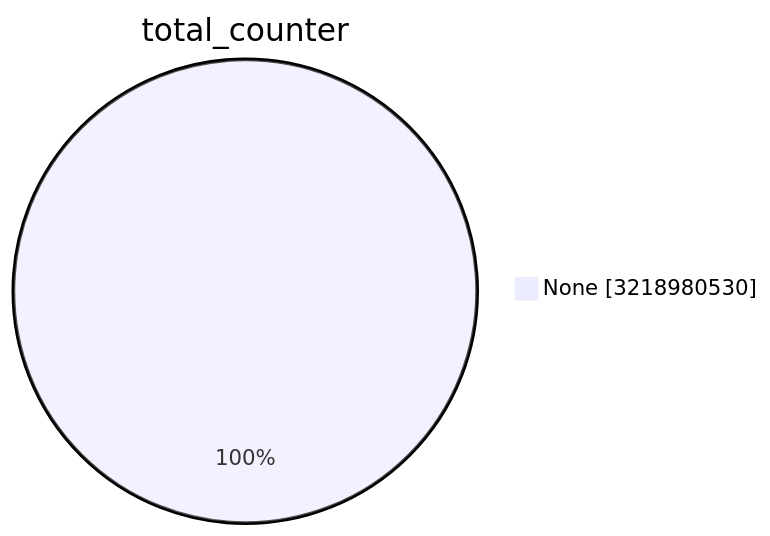
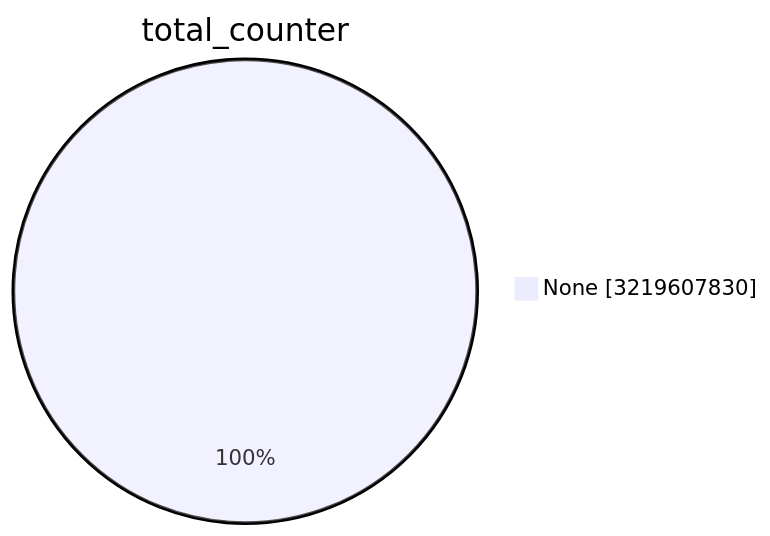
Before and after one commit to christiankrug/ctmonitor_visualization: the first of 15 diagrams in TOTAL/README.md, drawn with Mermaid. The commit also changed other lines of this file, not shown here.

````diff
--- a/TOTAL/README.md
+++ b/TOTAL/README.md
@@ -1,5 +1,5 @@
 ```mermaid
 pie showData
 title total_counter
-"None" :3218980530
+"None" :3219607830
 ```
````
